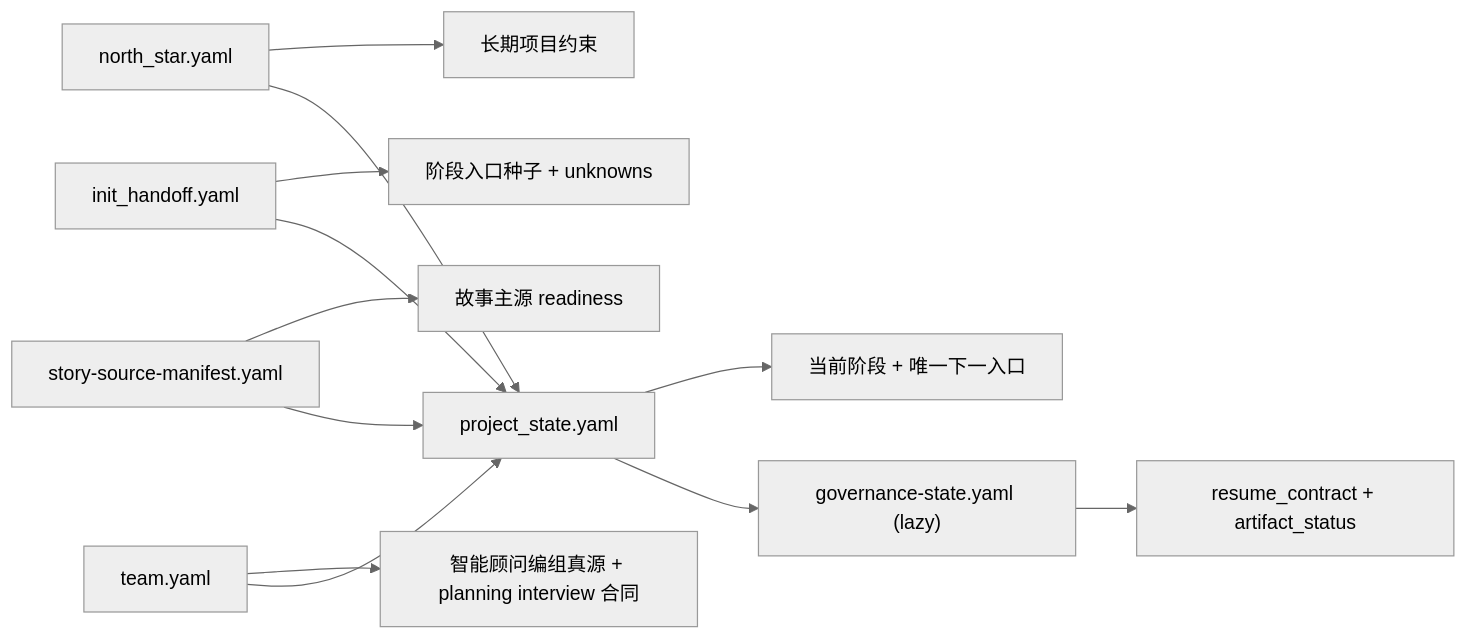
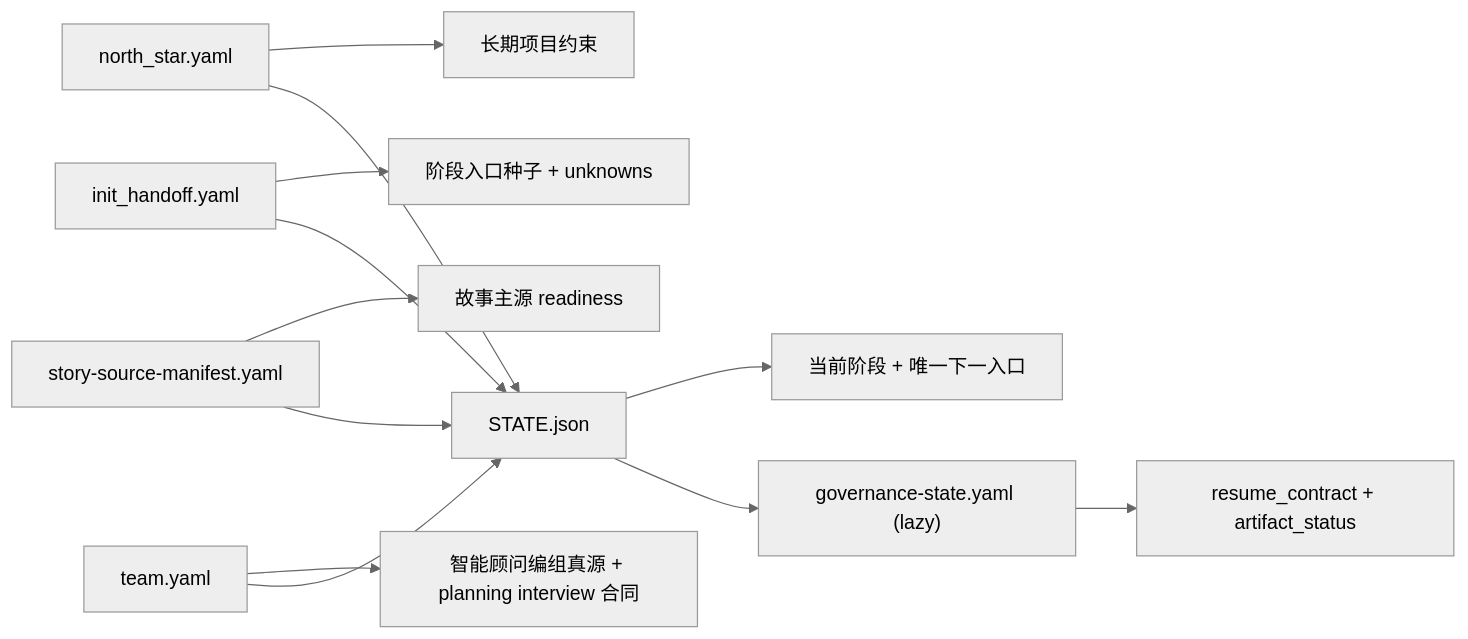
The fourth of 4 diagrams in .agents/skills/aigc/0-Init/SKILL.md (ZEN-VOID/AI-CUT), drawn with Mermaid (neutral theme) before and after one commit. The commit also changed other lines of this file and 266 other files, not shown here.

````diff
--- a/.agents/skills/aigc/0-Init/SKILL.md
+++ b/.agents/skills/aigc/0-Init/SKILL.md
@@ -158,14 +158,14 @@
 ```mermaid
 flowchart LR
     A["north_star.yaml"] --> A1["长期项目约束"]
     B["init_handoff.yaml"] --> B1["阶段入口种子 + unknowns"]
     C["story-source-manifest.yaml"] --> C1["故事主源 readiness"]
     D["team.yaml"] --> D1["智能顾问编组真源 + planning interview 合同"]
-    E["project_state.yaml"] --> E1["当前阶段 + 唯一下一入口"]
+    E["STATE.json"] --> E1["当前阶段 + 唯一下一入口"]
     F["governance-state.yaml (lazy)"] --> F1["resume_contract + artifact_status"]
     A --> E
     B --> E
     C --> E
     D --> E
     E --> F
 ```
````
